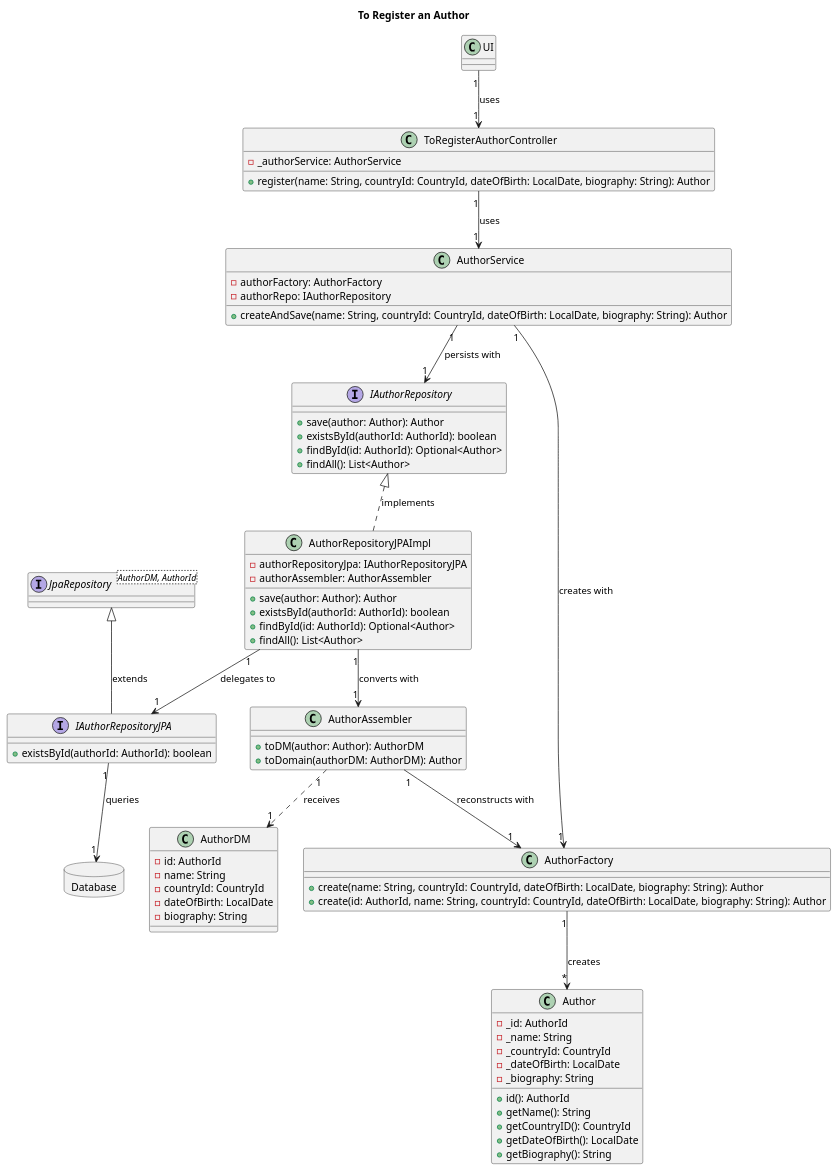
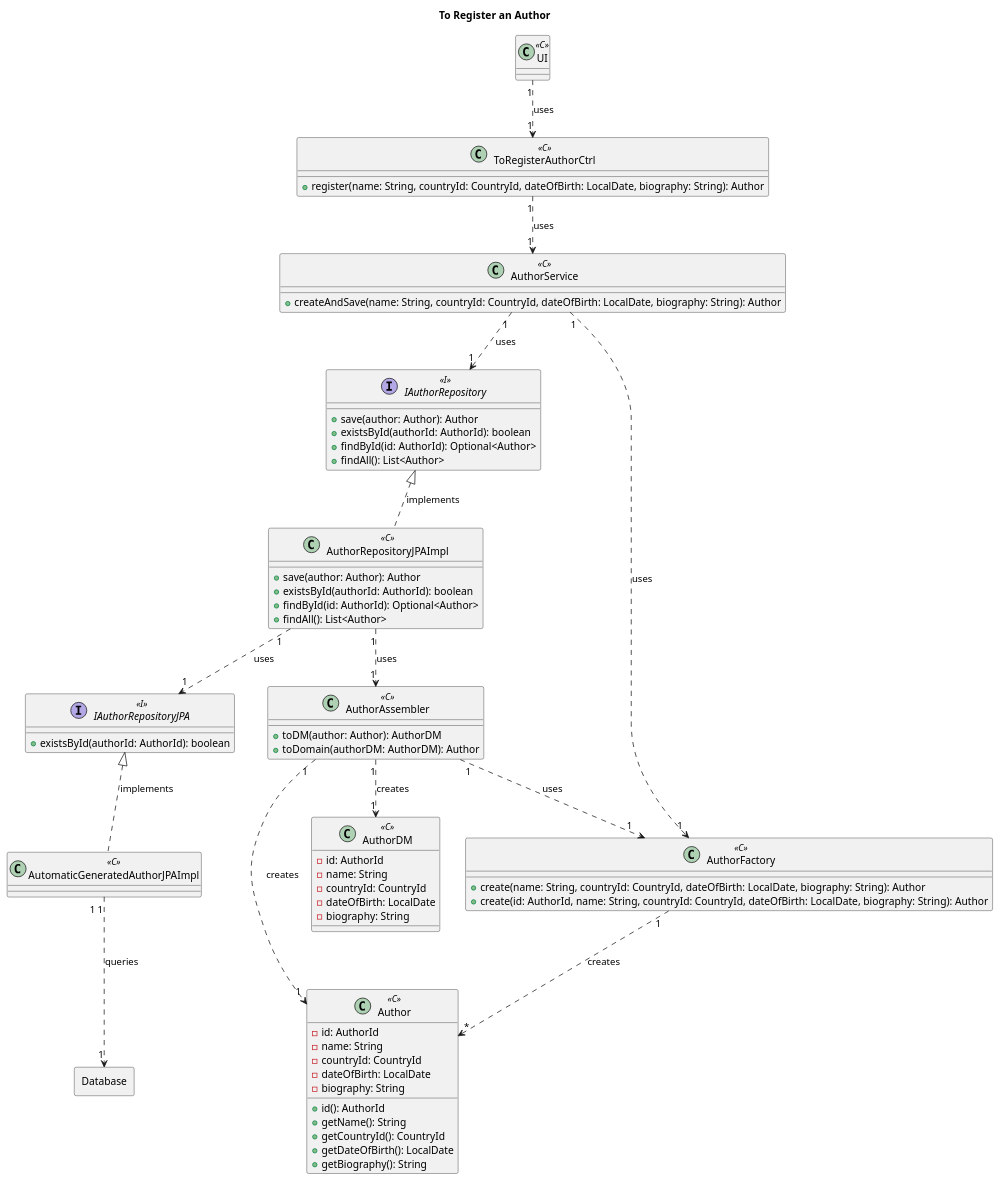
Before and after one commit to AndrePereiraGitH/SWitCH-Project-Team_A: the diagram in Diagrams/ClassDiagrams/To-register-an-author.puml, drawn with PlantUML.

Commit message:
#755 #756 update Author diagrams

```diff
--- a/Diagrams/ClassDiagrams/To-register-an-author.puml
+++ b/Diagrams/ClassDiagrams/To-register-an-author.puml
@@ -1,112 +1,95 @@
 @startuml
 title To Register an Author
 
-' -------------------------
-' UI
-' -------------------------
-
-class UI {
+' ── UI Layer ───────────────────────────────────────────────
+class UI <<C>> {
 }
 
-' -------------------------
-' Controller
-' -------------------------
-
-class ToRegisterAuthorController {
-  -_authorService: AuthorService
-  +register(name: String, countryId: CountryId, dateOfBirth: LocalDate, biography: String): Author
+' ── Controller Layer ───────────────────────────────────────
+class ToRegisterAuthorCtrl <<C>> {
+  + register(name: String, countryId: CountryId, dateOfBirth: LocalDate, biography: String): Author
 }
 
-' -------------------------
-' Service
-' -------------------------
-
-class AuthorService {
-  -authorFactory: AuthorFactory
-  -authorRepo: IAuthorRepository
-  +createAndSave(name: String, countryId: CountryId, dateOfBirth: LocalDate, biography: String): Author
+' ── Application Layer ──────────────────────────────────────
+class AuthorService <<C>> {
+  + createAndSave(name: String, countryId: CountryId, dateOfBirth: LocalDate, biography: String): Author
 }
 
-' -------------------------
-' Domain
-' -------------------------
-
-interface IAuthorRepository {
-  +save(author: Author): Author
-  +existsById(authorId: AuthorId): boolean
-  +findById(id: AuthorId): Optional<Author>
-  +findAll(): List<Author>
+' ── Domain Layer ───────────────────────────────────────────
+interface IAuthorRepository <<I>> {
+  + save(author: Author): Author
+  + existsById(authorId: AuthorId): boolean
+  + findById(id: AuthorId): Optional<Author>
+  + findAll(): List<Author>
 }
 
-class AuthorFactory {
-  +create(name: String, countryId: CountryId, dateOfBirth: LocalDate, biography: String): Author
-  +create(id: AuthorId, name: String, countryId: CountryId, dateOfBirth: LocalDate, biography: String): Author
+class AuthorFactory <<C>> {
+  + create(name: String, countryId: CountryId, dateOfBirth: LocalDate, biography: String): Author
+  + create(id: AuthorId, name: String, countryId: CountryId, dateOfBirth: LocalDate, biography: String): Author
 }
 
-class Author {
-  -_id: AuthorId
-  -_name: String
-  -_countryId: CountryId
-  -_dateOfBirth: LocalDate
-  -_biography: String
-  +id(): AuthorId
-  +getName(): String
-  +getCountryID(): CountryId
-  +getDateOfBirth(): LocalDate
-  +getBiography(): String
+class Author <<C>> {
+  - id: AuthorId
+  - name: String
+  - countryId: CountryId
+  - dateOfBirth: LocalDate
+  - biography: String
+  + id(): AuthorId
+  + getName(): String
+  + getCountryId(): CountryId
+  + getDateOfBirth(): LocalDate
+  + getBiography(): String
 }
 
-' -------------------------
-' Infrastructure
-' -------------------------
-
-class AuthorRepositoryJPAImpl {
-  -authorRepositoryJpa: IAuthorRepositoryJPA
-  -authorAssembler: AuthorAssembler
-  +save(author: Author): Author
-  +existsById(authorId: AuthorId): boolean
-  +findById(id: AuthorId): Optional<Author>
-  +findAll(): List<Author>
+' ── Infrastructure Layer ───────────────────────────────────
+class AuthorRepositoryJPAImpl <<C>> {
+  + save(author: Author): Author
+  + existsById(authorId: AuthorId): boolean
+  + findById(id: AuthorId): Optional<Author>
+  + findAll(): List<Author>
 }
 
-class AuthorAssembler {
-  +toDM(author: Author): AuthorDM
-  +toDomain(authorDM: AuthorDM): Author
+class AutomaticGeneratedAuthorJPAImpl <<C>> {
 }
 
-class AuthorDM {
-  -id: AuthorId
-  -name: String
-  -countryId: CountryId
-  -dateOfBirth: LocalDate
-  -biography: String
+interface IAuthorRepositoryJPA <<I>> {
+  + existsById(authorId: AuthorId): boolean
 }
 
-interface IAuthorRepositoryJPA {
-  +existsById(authorId: AuthorId): boolean
+class AuthorAssembler <<C>> {
+  + toDM(author: Author): AuthorDM
+  + toDomain(authorDM: AuthorDM): Author
 }
 
-interface JpaRepository<AuthorDM, AuthorId> {
+class AuthorDM <<C>> {
+  - id: AuthorId
+  - name: String
+  - countryId: CountryId
+  - dateOfBirth: LocalDate
+  - biography: String
 }
 
-database "Database" as DB {
+Rectangle Database {
 }
 
-' -------------------------
-' Relationships
-' -------------------------
+' ── Relationships ──────────────────────────────────────────
+UI "1" ..> "1" ToRegisterAuthorCtrl : uses
+ToRegisterAuthorCtrl "1" ..> "1" AuthorService : uses
 
-UI "1" --> "1" ToRegisterAuthorController : uses
-ToRegisterAuthorController "1" --> "1" AuthorService : uses
-AuthorService "1" --> "1" AuthorFactory : creates with
-AuthorService "1" --> "1" IAuthorRepository : persists with
+AuthorService "1" ..> "1" AuthorFactory : uses
+AuthorService "1" ..> "1" IAuthorRepository : uses
+
 IAuthorRepository <|.. AuthorRepositoryJPAImpl : implements
-AuthorRepositoryJPAImpl "1" --> "1" AuthorAssembler : converts with
-AuthorRepositoryJPAImpl "1" --> "1" IAuthorRepositoryJPA : delegates to
-AuthorAssembler "1" --> "1" AuthorFactory : reconstructs with
-AuthorAssembler "1" ..> "1" AuthorDM : receives
-AuthorFactory "1" --> "*" Author : creates
-JpaRepository <|-- IAuthorRepositoryJPA : extends
-IAuthorRepositoryJPA "1" --> "1" DB : queries
+AuthorRepositoryJPAImpl "1" ..> "1" IAuthorRepositoryJPA : uses
+AuthorRepositoryJPAImpl "1" ..> "1" AuthorAssembler : uses
+
+IAuthorRepositoryJPA <|.. AutomaticGeneratedAuthorJPAImpl : implements
+AutomaticGeneratedAuthorJPAImpl "1 1" ..> "1" Database : queries
+
+AuthorAssembler "1" ..> "1" AuthorDM : creates
+AuthorAssembler "1" ..> "1" Author : creates
+AuthorAssembler "1" ..> "1" AuthorFactory : uses
+
+AuthorFactory "1" ..> "*" Author : creates
 
 @enduml
```
